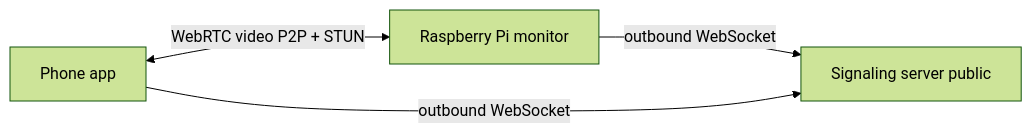
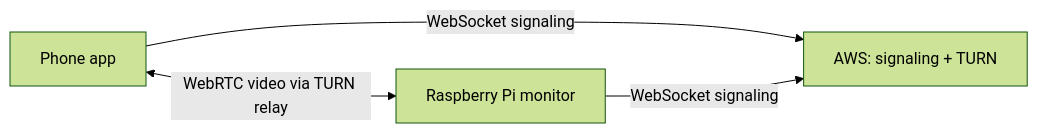
The diagram in REMOTE_ACCESS.md (nir400000/FinalProject), drawn with Mermaid (forest theme) before and after one commit. The commit also changed other lines of this file and 4 other files, not shown here.

````diff
--- a/REMOTE_ACCESS.md
+++ b/REMOTE_ACCESS.md
@@ -7,10 +7,9 @@
 ```mermaid
 flowchart LR
     Phone[Phone app]
     Pi[Raspberry Pi monitor]
-    Cloud[Signaling server public]
-
-    Pi -->|outbound WebSocket| Cloud
-    Phone -->|outbound WebSocket| Cloud
-    Phone <-->|WebRTC video P2P + STUN| Pi
+    Cloud[AWS: signaling + TURN]
+    Phone -->|WebSocket signaling| Cloud
+    Pi -->|WebSocket signaling| Cloud
+    Phone <-->|WebRTC video via TURN relay| Pi
 ```
````
